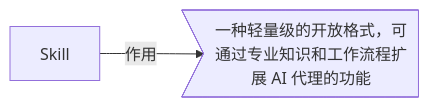
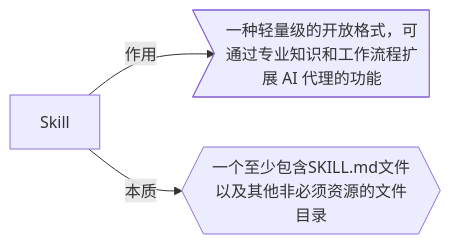
The first of 4 diagrams in AI/Skill.md (290044632/bookmark), drawn with Mermaid before and after one commit. The commit also changed other lines of this file and 5 other files, not shown here.

````diff
--- a/AI/Skill.md
+++ b/AI/Skill.md
@@ -3,6 +3,8 @@
 ```mermaid
 flowchart LR
 A["Skill"]
 
 A-->|作用|A1>"一种轻量级的开放格式，可通过专业知识和工作流程扩展 AI 代理的功能"]
+
+A-->|本质|A2{{"一个至少包含SKILL.md文件以及其他非必须资源的文件目录"}}
 ```
````
